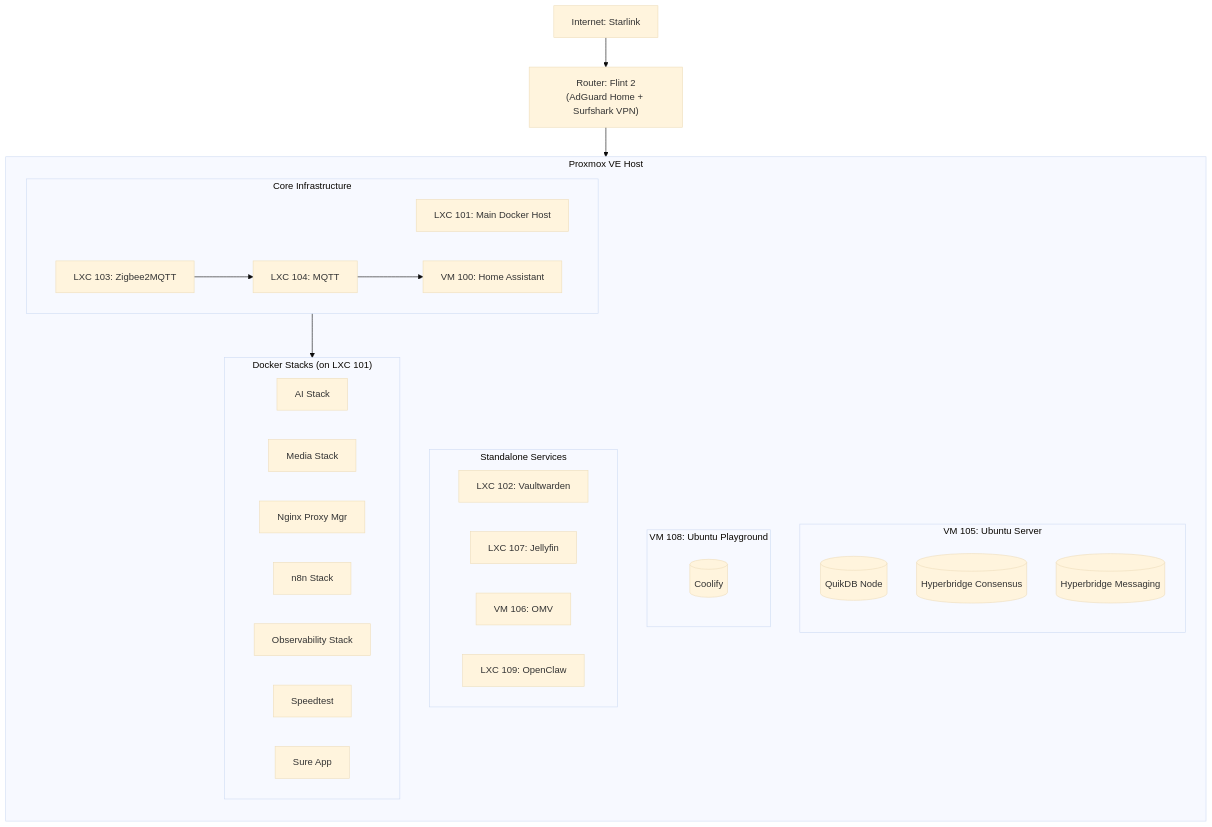
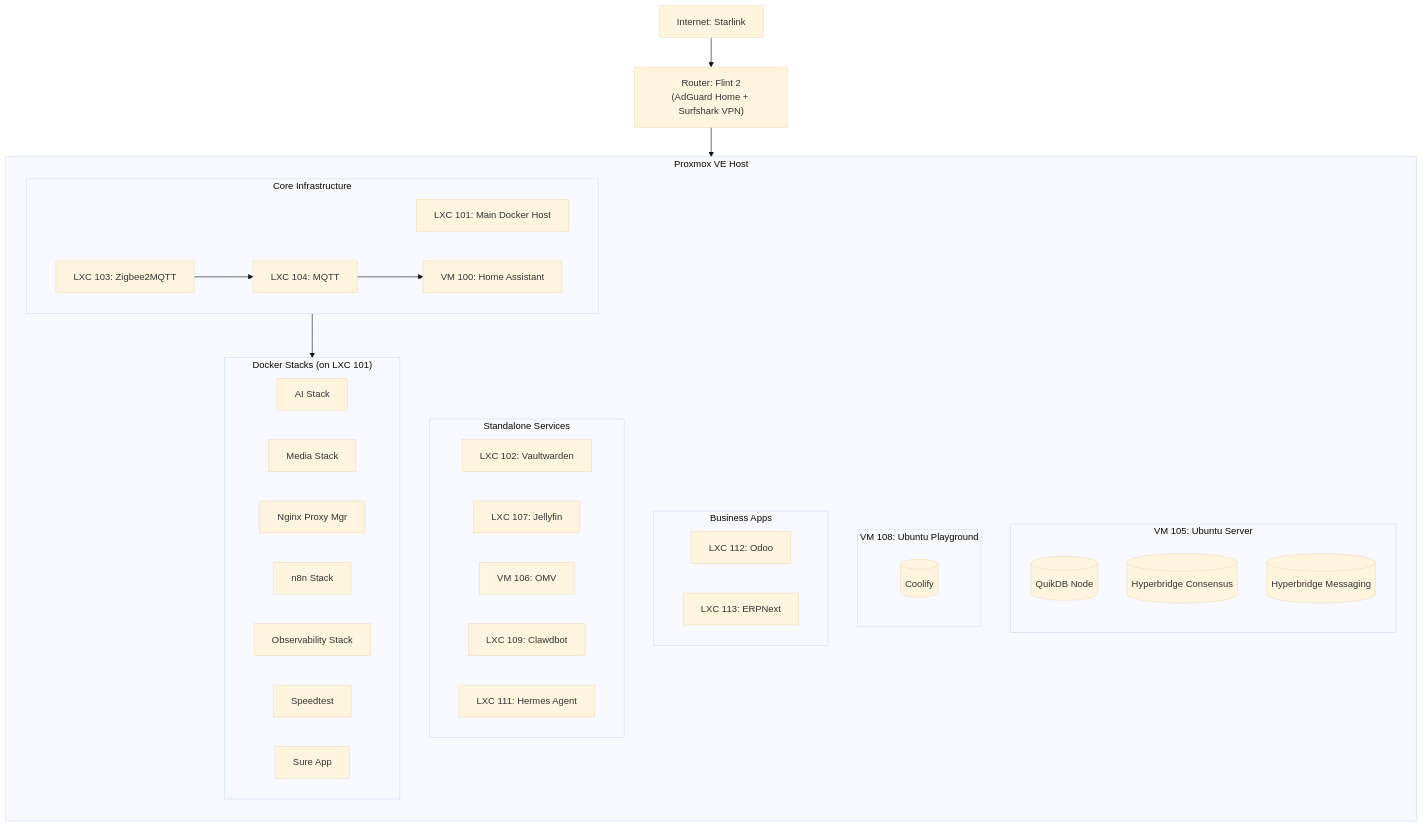
The diagram in README.md (LifeofDan-EL/homelab), drawn with Mermaid (base theme) before and after one commit. The commit also changed other lines of this file and 2 other files, not shown here.

Commit message:
Added new services

````diff
--- a/README.md
+++ b/README.md
@@ -41,57 +41,65 @@
 ```mermaid
 graph TD
     Internet["Internet: Starlink"] --> Router["Router: Flint 2<br/>(AdGuard Home + Surfshark VPN)"]
 
     subgraph Proxmox_Node ["Proxmox VE Host"]
         direction TB
 
         %% Core Infrastructure
         subgraph Core_Infra ["Core Infrastructure"]
             direction LR
             LXC_Docker["LXC 101: Main Docker Host"]
             VM_HA["VM 100: Home Assistant"]
             LXC_MQTT["LXC 104: MQTT"]
             LXC_Z2M["LXC 103: Zigbee2MQTT"]
         end
 
         %% Secondary Docker Host (Ubuntu VM)
         subgraph VM_Ubuntu ["VM 105: Ubuntu Server"]
             direction TB
             Container_QuikDB[("QuikDB Node")]
             Container_Consensus[("Hyperbridge Consensus")]
             Container_Messaging[("Hyperbridge Messaging")]
         end
 
-        %% NEW: Coolify Host
+        %% Ubuntu Playground
         subgraph VM_Coolify ["VM 108: Ubuntu Playground"]
              direction TB
              App_Coolify[("Coolify")]
+        end
+
+        %% Business Apps
+        subgraph Business_Apps ["Business Apps"]
+            direction LR
+            LXC_Odoo["LXC 112: Odoo"]
+            LXC_ERPNext["LXC 113: ERPNext"]
         end
 
         %% Standalone Services
         subgraph Standalone ["Standalone Services"]
             LXC_Vault["LXC 102: Vaultwarden"]
             LXC_Jelly["LXC 107: Jellyfin"]
             VM_OMV["VM 106: OMV"]
-            LXC_Clawdbot["LXC 109: OpenClaw"]
+            LXC_Clawdbot["LXC 109: Clawdbot"]
+            LXC_Hermes["LXC 111: Hermes Agent"]
         end
 
         %% Main Docker Stacks
         subgraph Docker_Stacks ["Docker Stacks (on LXC 101)"]
             Stack_AI["AI Stack"]
             Stack_Media["Media Stack"]
             Stack_NPM["Nginx Proxy Mgr"]
             Stack_Solar["n8n Stack"]
             Stack_Observability["Observability Stack"]
             Stack_Speed["Speedtest"]
             Stack_Sure["Sure App"]
         end
 
         %% Connections
         LXC_Docker --> Docker_Stacks
         LXC_Z2M --> LXC_MQTT
         LXC_MQTT --> VM_HA
     end
 
     Router --> Proxmox_Node
 ```
````
